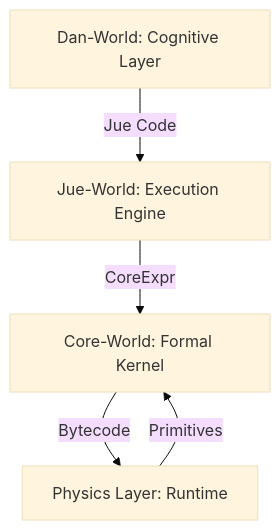
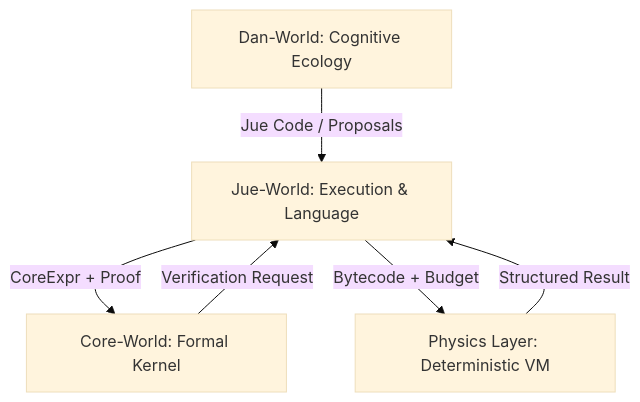
The first of 2 diagrams in .kilocode/rules/memory-bank/architecture.md (project-jue/jue), drawn with Mermaid (base theme) before and after one commit. The commit also changed other lines of this file, not shown here.

Commit message:
Refactor architecture documentation for clarity and detail, enhancing layer descriptions and critical paths

````diff
--- a/.kilocode/rules/memory-bank/architecture.md
+++ b/.kilocode/rules/memory-bank/architecture.md
@@ -8,7 +6,8 @@
 ```mermaid
 graph TD
-    A[Dan-World: Cognitive Layer] -->|Jue Code| B[Jue-World: Execution Engine]
-    B -->|CoreExpr| C[Core-World: Formal Kernel]
-    C -->|Bytecode| D[Physics Layer: Runtime]
-    D -->|Primitives| C
+    A[Dan-World: Cognitive Ecology] -->|Jue Code / Proposals| B[Jue-World: Execution & Language]
+    B -->|CoreExpr + Proof| C[Core-World: Formal Kernel]
+    C -->|Verification Request| B
+    B -->|Bytecode + Budget| D[Physics Layer: Deterministic VM]
+    D -->|Structured Result| B
 ```
````
